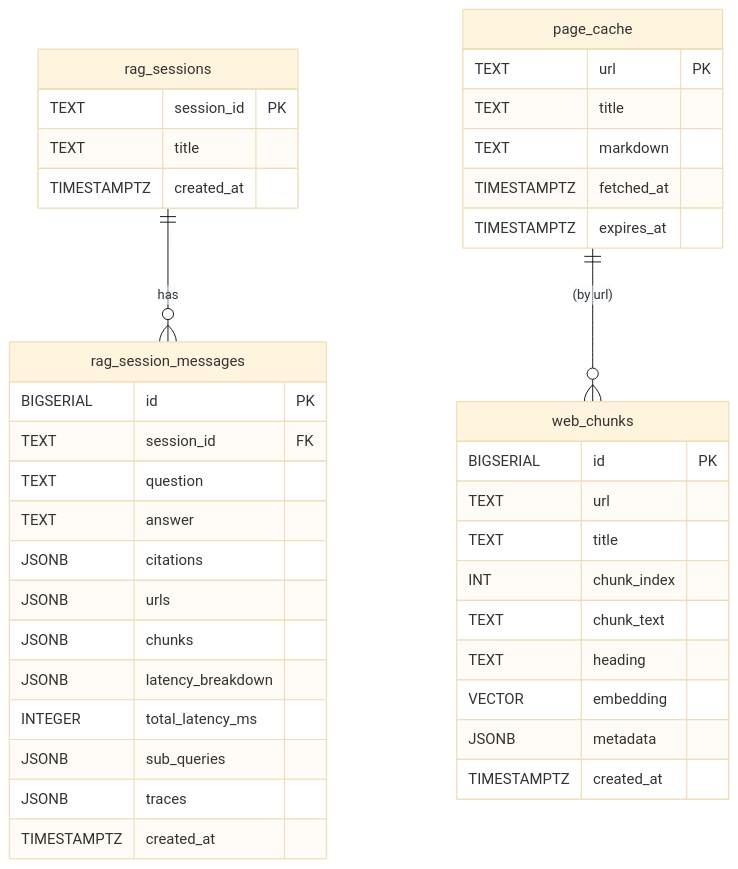
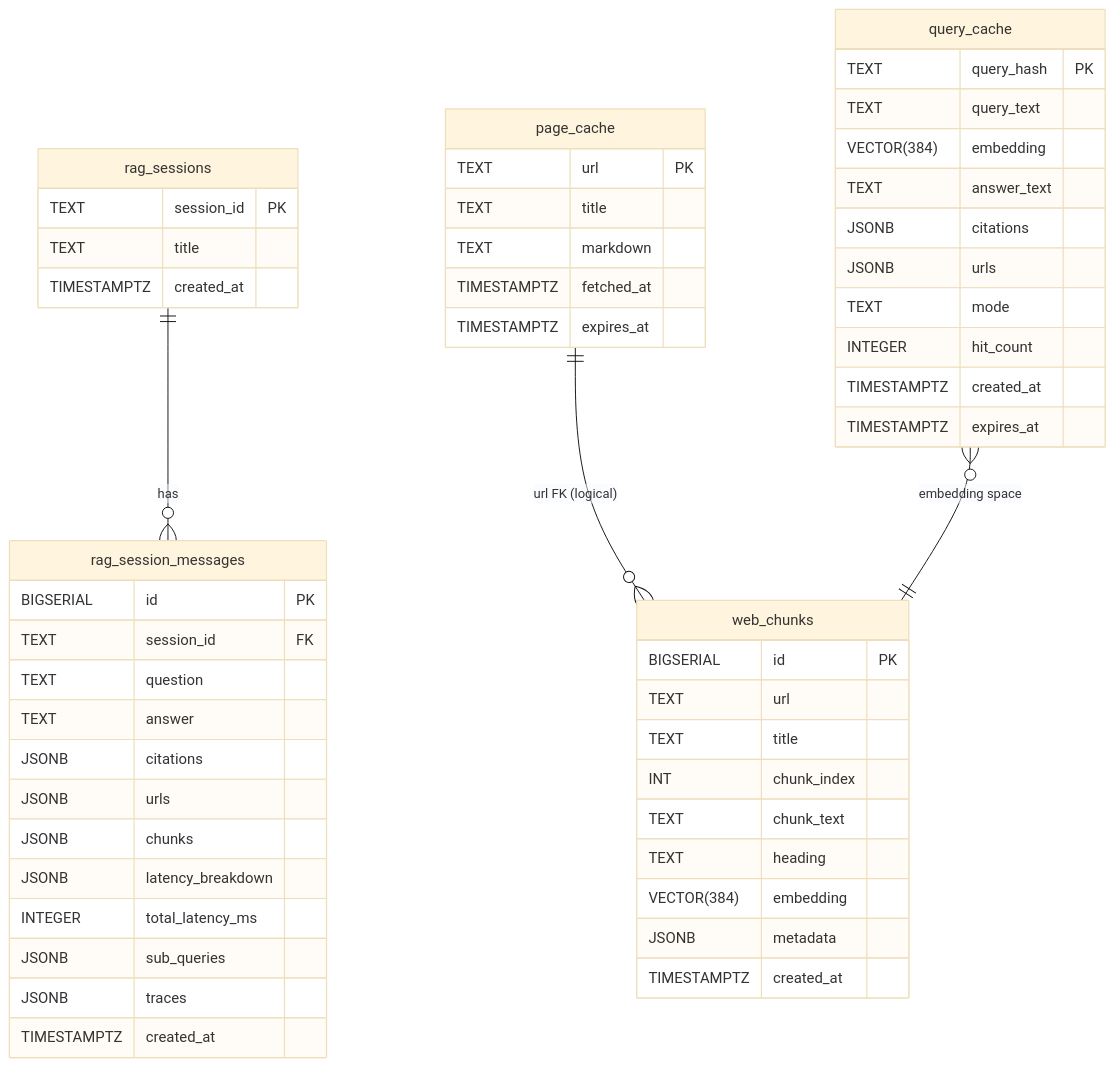
The sixth of 6 diagrams in docs/ARCHITECTURE.md (swapnil18800/weblens), drawn with Mermaid (base theme) before and after one commit. The commit also changed other lines of this file and 228 other files, not shown here.

````diff
--- a/docs/ARCHITECTURE.md
+++ b/docs/ARCHITECTURE.md
@@ -170,46 +431,60 @@
 ```mermaid
 erDiagram
-    rag_sessions ||--o{ rag_session_messages : has
-    page_cache ||--o{ web_chunks : "(by url)"
-    
+    rag_sessions ||--o{ rag_session_messages : "has"
+    page_cache ||--o{ web_chunks : "url FK (logical)"
+    query_cache }o--|| web_chunks : "embedding space"
+
     rag_sessions {
         TEXT session_id PK
         TEXT title
         TIMESTAMPTZ created_at
     }
-    
+
     rag_session_messages {
         BIGSERIAL id PK
         TEXT session_id FK
         TEXT question
         TEXT answer
         JSONB citations
         JSONB urls
         JSONB chunks
         JSONB latency_breakdown
         INTEGER total_latency_ms
         JSONB sub_queries
         JSONB traces
         TIMESTAMPTZ created_at
     }
-    
+
     page_cache {
         TEXT url PK
         TEXT title
         TEXT markdown
         TIMESTAMPTZ fetched_at
         TIMESTAMPTZ expires_at
     }
-    
+
     web_chunks {
         BIGSERIAL id PK
         TEXT url
         TEXT title
         INT chunk_index
         TEXT chunk_text
         TEXT heading
-        VECTOR embedding
+        VECTOR(384) embedding
         JSONB metadata
         TIMESTAMPTZ created_at
     }
+
+    query_cache {
+        TEXT query_hash PK
+        TEXT query_text
+        VECTOR(384) embedding
+        TEXT answer_text
+        JSONB citations
+        JSONB urls
+        TEXT mode
+        INTEGER hit_count
+        TIMESTAMPTZ created_at
+        TIMESTAMPTZ expires_at
+    }
 ```
````
